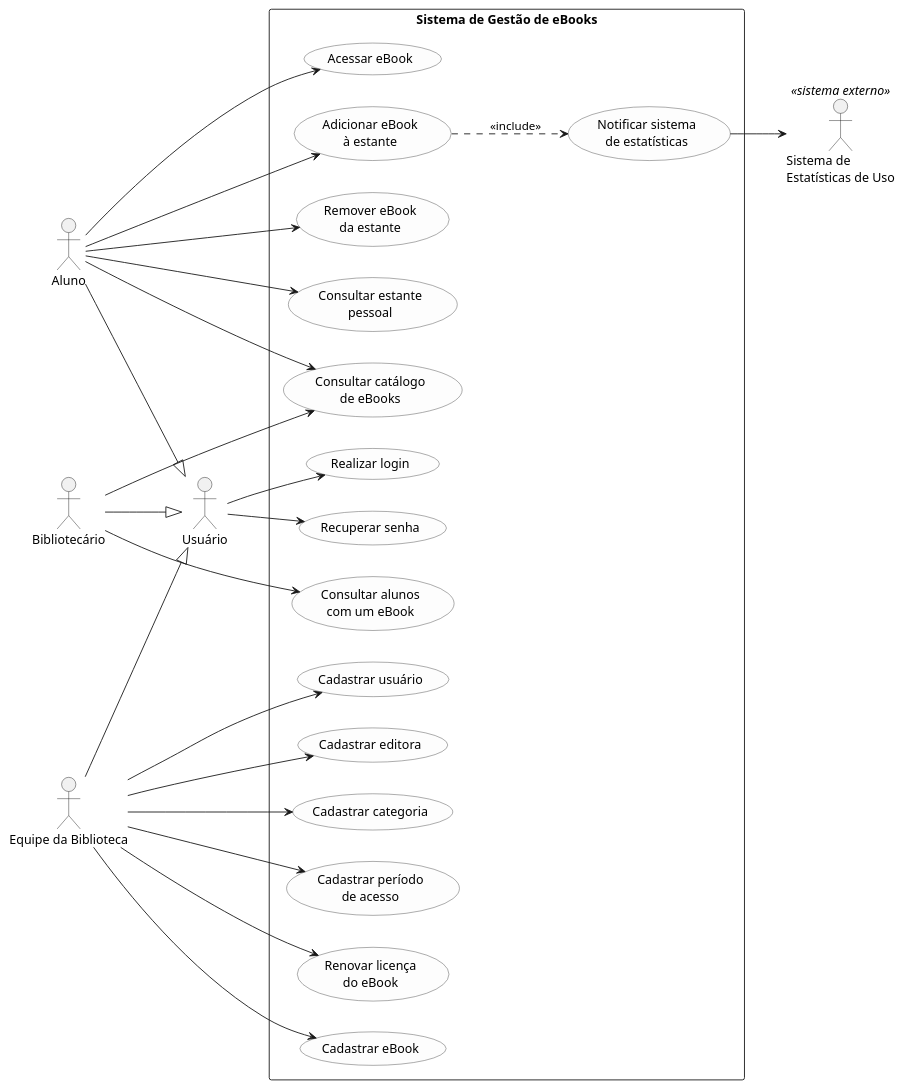
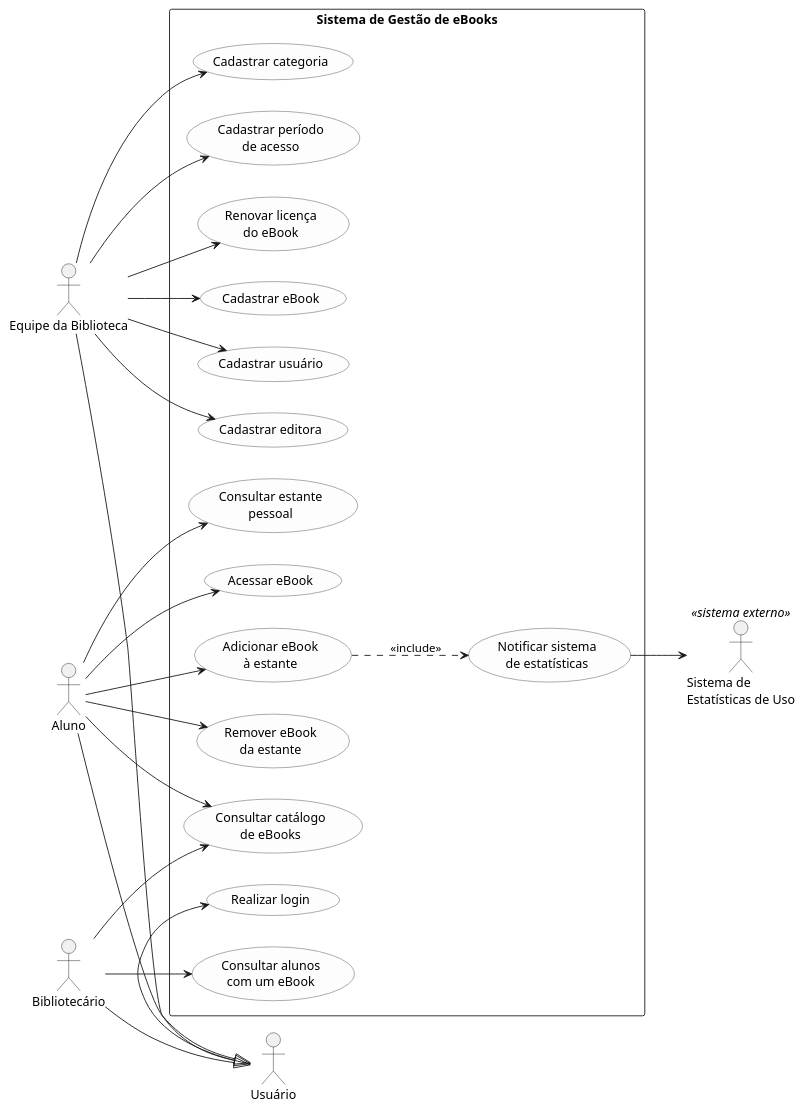
Before and after one commit to Aklages/lab01-ebooks-biblioteca: the diagram in docs/diagramas/casos-de-uso.puml, drawn with PlantUML. The commit also changed 1 other file, not shown here.

Commit message:
docs: Removendo requisito alterar usuario

```diff
--- a/docs/diagramas/casos-de-uso.puml
+++ b/docs/diagramas/casos-de-uso.puml
@@ -1,85 +1,81 @@
 @startuml casos_de_uso_ebooks
 ' =====================================================================
 ' Sistema de Gestao de eBooks da Biblioteca Universitaria
 ' Diagrama de Casos de Uso - Lab01S01
 ' Fonte versionada em docs/diagramas/casos-de-uso.puml
-' Versao enxuta: 15 casos de uso (removidas validacoes internas que
-' nao sao acoes de ator - viram criterios de aceitacao das HUs)
+' Versao enxuta: 14 casos de uso
 ' =====================================================================
 
 left to right direction
 skinparam packageStyle rectangle
 skinparam shadowing false
 skinparam usecase {
   BackgroundColor #FDFDFD
   BorderColor #444444
 }
 
 ' ========================= FRONTEIRA DO SISTEMA ======================
 rectangle "Sistema de Gestão de eBooks" {
 
   ' --- Autenticacao (Usuario) ---
   usecase "Realizar login" as UC01
-  usecase "Recuperar senha" as UC02
 
   ' --- Manutencao do acervo e dos cadastros (Equipe da Biblioteca) ---
-  usecase "Cadastrar eBook" as UC03
-  usecase "Cadastrar usuário" as UC04
-  usecase "Cadastrar editora" as UC05
-  usecase "Cadastrar categoria" as UC06
-  usecase "Cadastrar período\nde acesso" as UC07
-  usecase "Renovar licença\ndo eBook" as UC08
+  usecase "Cadastrar eBook" as UC02
+  usecase "Cadastrar usuário" as UC03
+  usecase "Cadastrar editora" as UC04
+  usecase "Cadastrar categoria" as UC05
+  usecase "Cadastrar período\nde acesso" as UC06
+  usecase "Renovar licença\ndo eBook" as UC07
 
   ' --- Consultas (Aluno e Bibliotecario) ---
-  usecase "Consultar catálogo\nde eBooks" as UC09
-  usecase "Consultar alunos\ncom um eBook" as UC10
+  usecase "Consultar catálogo\nde eBooks" as UC08
+  usecase "Consultar alunos\ncom um eBook" as UC09
 
   ' --- Estante pessoal (Aluno) ---
-  usecase "Adicionar eBook\nà estante" as UC11
-  usecase "Remover eBook\nda estante" as UC12
-  usecase "Consultar estante\npessoal" as UC13
-  usecase "Acessar eBook" as UC14
+  usecase "Adicionar eBook\nà estante" as UC10
+  usecase "Remover eBook\nda estante" as UC11
+  usecase "Consultar estante\npessoal" as UC12
+  usecase "Acessar eBook" as UC13
 
-  ' --- Notificacao ao sistema externo (unico "auxiliar" mantido,
-  ' pois representa uma interacao real com outro sistema) ---
-  usecase "Notificar sistema\nde estatísticas" as UC17
+  ' --- Notificacao ao sistema externo ---
+  usecase "Notificar sistema\nde estatísticas" as UC14
 }
 
 ' ============================== ATORES ===============================
-
 actor Usuario as "Usuário"
 actor Aluno as "Aluno"
 actor Bibliotecario as "Bibliotecário"
 actor Equipe as "Equipe da Biblioteca"
 
 Aluno --|> Usuario
 Bibliotecario --|> Usuario
 Equipe --|> Usuario
 
 actor Estatisticas as "Sistema de\nEstatísticas de Uso" <<sistema externo>>
 
 ' ============================ ASSOCIACOES ============================
 Usuario --> UC01
-Usuario --> UC02
 
+Equipe --> UC02
 Equipe --> UC03
 Equipe --> UC04
 Equipe --> UC05
 Equipe --> UC06
 Equipe --> UC07
-Equipe --> UC08
 
+Bibliotecario --> UC08
 Bibliotecario --> UC09
-Bibliotecario --> UC10
 
-Aluno --> UC09
+Aluno --> UC08
+Aluno --> UC10
 Aluno --> UC11
 Aluno --> UC12
 Aluno --> UC13
-Aluno --> UC14
 
-UC17 --> Estatisticas
+UC14 --> Estatisticas
 
-UC11 ..> UC17 : <<include>>
+' ====================== INCLUSAO ==============================
+UC10 ..> UC14 : <<include>>
 
 @enduml
```
